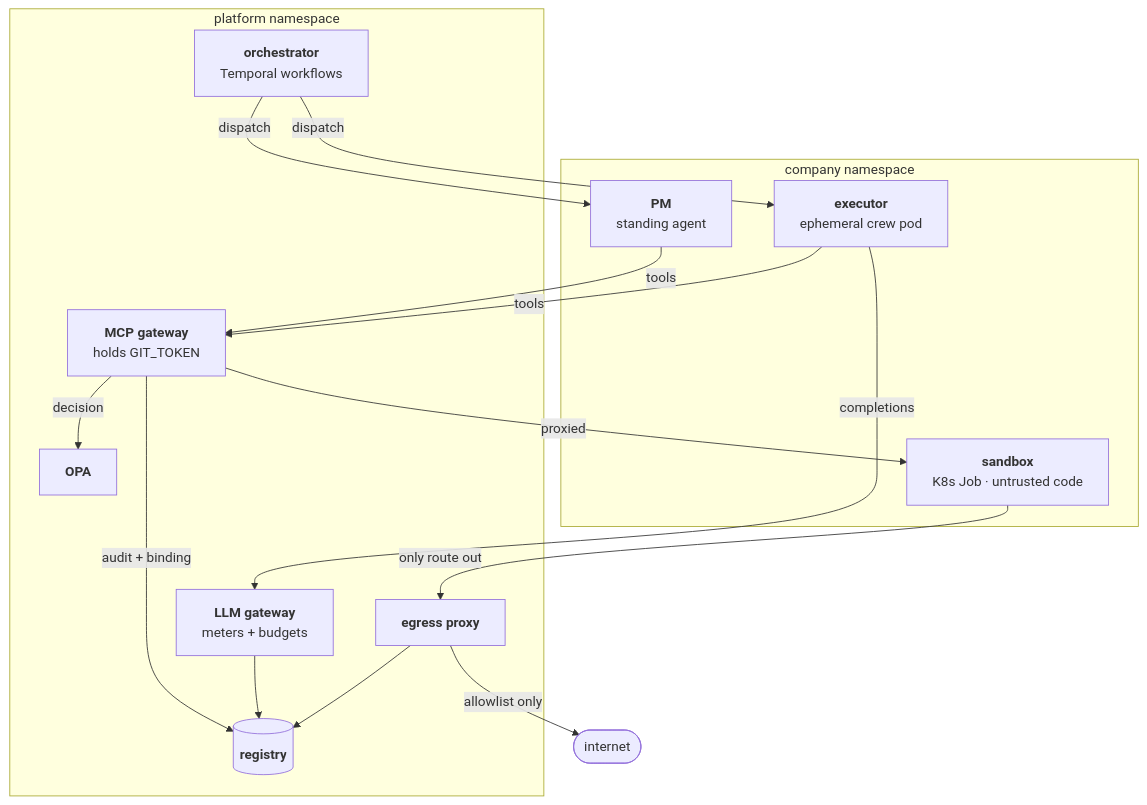
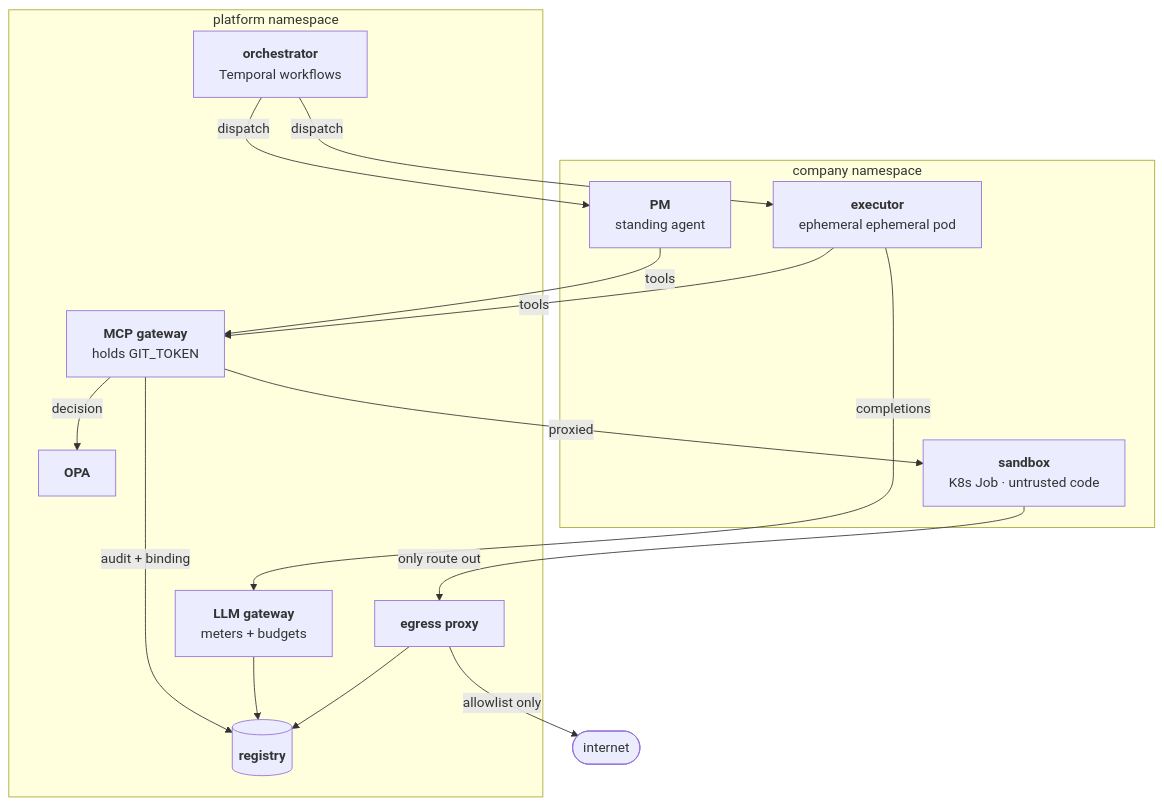
One commit to mathbrus/poseidon-prototype changed the third of 4 diagrams in README.md. Above: the diagram before and after it, drawn with Mermaid. The commit also changed other lines of this file and 52 other files, not shown here.

````diff
--- a/README.md
+++ b/README.md
@@ -330,28 +330,28 @@
 ```mermaid
 flowchart TB
     subgraph company["company namespace"]
         PM["<b>PM</b><br/>standing agent"]
-        EX["<b>executor</b><br/>ephemeral crew pod"]
+        EX["<b>executor</b><br/>ephemeral ephemeral pod"]
         SBX["<b>sandbox</b><br/>K8s Job · untrusted code"]
     end
     subgraph platform["platform namespace"]
         ORC["<b>orchestrator</b><br/>Temporal workflows"]
         GW["<b>MCP gateway</b><br/>holds GIT_TOKEN"]
         LGW["<b>LLM gateway</b><br/>meters + budgets"]
         PROXY["<b>egress proxy</b>"]
         OPA2["<b>OPA</b>"]
         DB[("<b>registry</b>")]
     end
     ORC -->|dispatch| PM
     ORC -->|dispatch| EX
     PM -->|tools| GW
     EX -->|tools| GW
     GW -->|decision| OPA2
     GW -->|audit + binding| DB
     GW -->|proxied| SBX
     EX -->|completions| LGW
     LGW --> DB
     SBX -->|"only route out"| PROXY
     PROXY --> DB
     PROXY -->|allowlist only| INET(["internet"])
 ```
````
